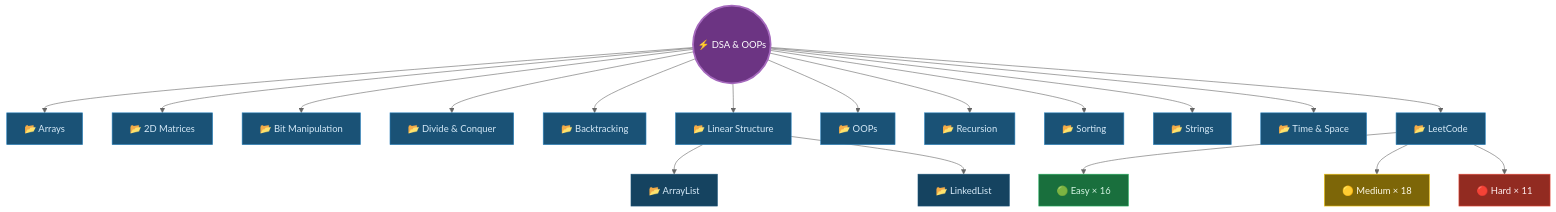
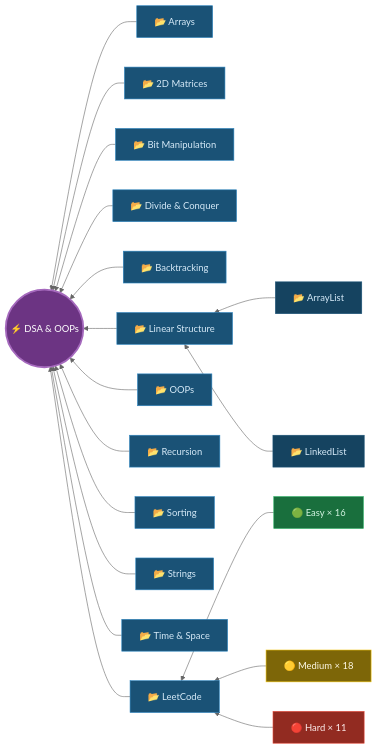
Before and after one commit to raghuvanshi-sec/DSA: the diagram in README.md, drawn with Mermaid (neutral theme). The commit also changed other lines of this file, not shown here.

Commit message:
refactor: update mermaid graph direction to bottom-to-top and invert node relationships

````diff
--- a/README.md
+++ b/README.md
@@ -82,43 +82,43 @@
 ```mermaid
-graph TD
+graph RL
     R(("⚡ DSA & OOPs"))
 
-    R --> A["📂 Arrays"]
-    R --> M["📂 2D Matrices"]
-    R --> B["📂 Bit Manipulation"]
-    R --> DC["📂 Divide & Conquer"]
-    R --> BK["📂 Backtracking"]
-    R --> LS["📂 Linear Structure"]
-    R --> O["📂 OOPs"]
-    R --> REC["📂 Recursion"]
-    R --> S["📂 Sorting"]
-    R --> ST["📂 Strings"]
-    R --> TS["📂 Time & Space"]
-    R --> LC["📂 LeetCode"]
+    A["📂 Arrays"] --> R
+    M["📂 2D Matrices"] --> R
+    B["📂 Bit Manipulation"] --> R
+    DC["📂 Divide & Conquer"] --> R
+    BK["📂 Backtracking"] --> R
+    LS["📂 Linear Structure"] --> R
+    O["📂 OOPs"] --> R
+    REC["📂 Recursion"] --> R
+    S["📂 Sorting"] --> R
+    ST["📂 Strings"] --> R
+    TS["📂 Time & Space"] --> R
+    LC["📂 LeetCode"] --> R
 
-    LC --> E["🟢 Easy × 16"]
-    LC --> MD["🟡 Medium × 18"]
-    LS --> AL["📂 ArrayList"]
-    LS --> LL["📂 LinkedList"]
+    AL["📂 ArrayList"] --> LS
+    LL["📂 LinkedList"] --> LS
 
-    LC --> H["🔴 Hard × 11"]
+    E["🟢 Easy × 16"] --> LC
+    MD["🟡 Medium × 18"] --> LC
+    H["🔴 Hard × 11"] --> LC
 
     style R fill:#6c3483,stroke:#a569bd,stroke-width:3px,color:#fff
     style A fill:#1a5276,stroke:#2e86c1,color:#d6eaf8
     style M fill:#1a5276,stroke:#2e86c1,color:#d6eaf8
     style B fill:#1a5276,stroke:#2e86c1,color:#d6eaf8
     style DC fill:#1a5276,stroke:#2e86c1,color:#d6eaf8
     style BK fill:#1a5276,stroke:#2e86c1,color:#d6eaf8
     style LS fill:#1a5276,stroke:#2e86c1,color:#d6eaf8
     style AL fill:#154360,stroke:#1a5276,color:#d6eaf8
     style LL fill:#154360,stroke:#1a5276,color:#d6eaf8
     style O fill:#1a5276,stroke:#2e86c1,color:#d6eaf8
     style REC fill:#1a5276,stroke:#2e86c1,color:#d6eaf8
     style S fill:#1a5276,stroke:#2e86c1,color:#d6eaf8
     style ST fill:#1a5276,stroke:#2e86c1,color:#d6eaf8
     style TS fill:#1a5276,stroke:#2e86c1,color:#d6eaf8
     style LC fill:#1a5276,stroke:#2e86c1,color:#d6eaf8
     style E fill:#196f3d,stroke:#27ae60,color:#d5f5e3
     style MD fill:#7d6608,stroke:#f1c40f,color:#fef9e7
     style H fill:#922b21,stroke:#e74c3c,color:#fdedec
 ```
````
